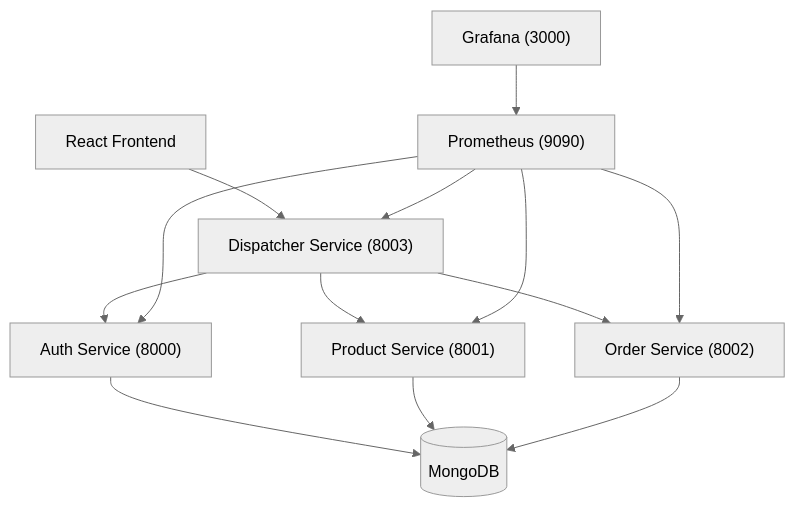
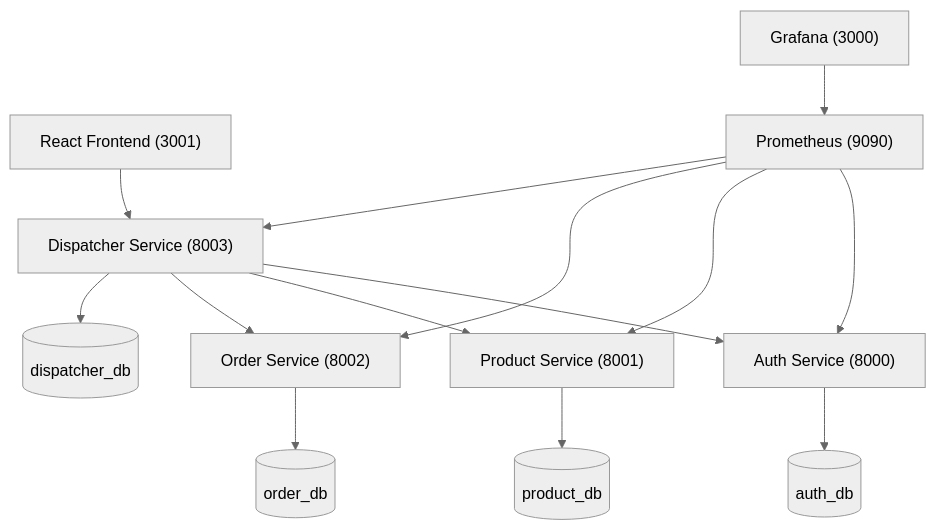
The first of 8 diagrams in README.md (Gdenizzz/WebApplication1), drawn with Mermaid (neutral theme) before and after one commit. The commit also changed other lines of this file and 2 other files, not shown here.

`````diff
--- a/README.md
+++ b/README.md
@@ -6,24 +36,28 @@
-````mermaid
+```mermaid
 graph TD
-    Client["React Frontend"]
+    Client["React Frontend (3001)"]
     Dispatcher["Dispatcher Service (8003)"]
     Auth["Auth Service (8000)"]
     Product["Product Service (8001)"]
     Order["Order Service (8002)"]
-    MongoDB[("MongoDB")]
+    MongoDB_Auth[("auth_db")]
+    MongoDB_Product[("product_db")]
+    MongoDB_Order[("order_db")]
+    MongoDB_Dispatcher[("dispatcher_db")]
     Prometheus["Prometheus (9090)"]
     Grafana["Grafana (3000)"]
 
     Client --> Dispatcher
     Dispatcher --> Auth
     Dispatcher --> Product
     Dispatcher --> Order
-    Auth --> MongoDB
-    Product --> MongoDB
-    Order --> MongoDB
+    Auth --> MongoDB_Auth
+    Product --> MongoDB_Product
+    Order --> MongoDB_Order
+    Dispatcher --> MongoDB_Dispatcher
     Prometheus --> Auth
     Prometheus --> Product
     Prometheus --> Order
     Prometheus --> Dispatcher
     Grafana --> Prometheus
-````
+```
`````
